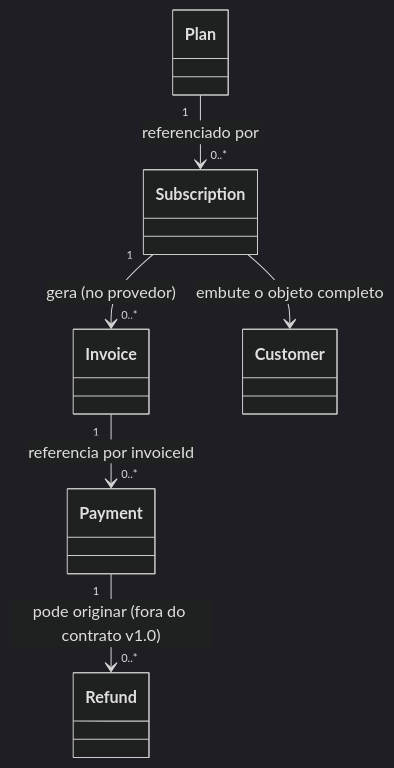
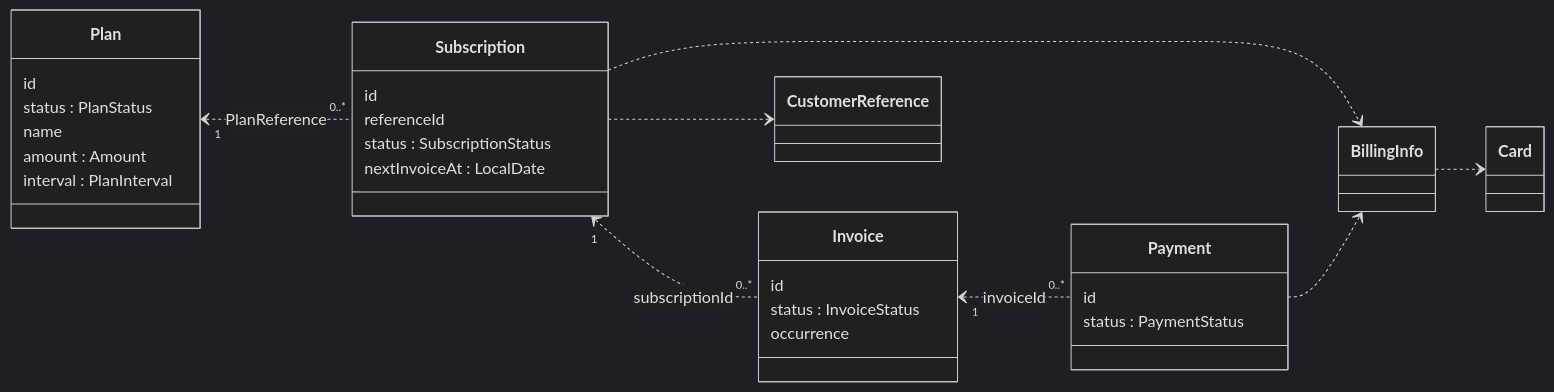
One commit to Framks/recurrence-payment-sdk changed the diagram in docs/modelo-canonico.md. Above: the diagram before and after it, drawn with Mermaid (dark theme). The commit also changed other lines of this file, not shown here.

````diff
--- a/docs/modelo-canonico.md
+++ b/docs/modelo-canonico.md
@@ -38,15 +41,34 @@
 ```mermaid
 classDiagram
-    Plan "1" --> "0..*" Subscription : referenciado por
-    Subscription "1" --> "0..*" Invoice : gera (no provedor)
-    Invoice "1" --> "0..*" Payment : referencia por invoiceId
-    Payment "1" --> "0..*" Refund : pode originar (fora do contrato v1.0)
-    Subscription --> Customer : embute o objeto completo
+    direction LR
+    Plan "1" <.. "0..*" Subscription : PlanReference
+    Subscription "1" <.. "0..*" Invoice : subscriptionId
+    Invoice "1" <.. "0..*" Payment : invoiceId
+    Subscription ..> CustomerReference
+    Subscription ..> BillingInfo
+    Payment ..> BillingInfo
+    BillingInfo ..> Card
 
-    class Plan
-    class Subscription
-    class Customer
-    class Invoice
-    class Payment
-    class Refund
+    class Plan {
+        id
+        status : PlanStatus
+        name
+        amount : Amount
+        interval : PlanInterval
+    }
+    class Subscription {
+        id
+        referenceId
+        status : SubscriptionStatus
+        nextInvoiceAt : LocalDate
+    }
+    class Invoice {
+        id
+        status : InvoiceStatus
+        occurrence
+    }
+    class Payment {
+        id
+        status : PaymentStatus
+    }
 ```
````
